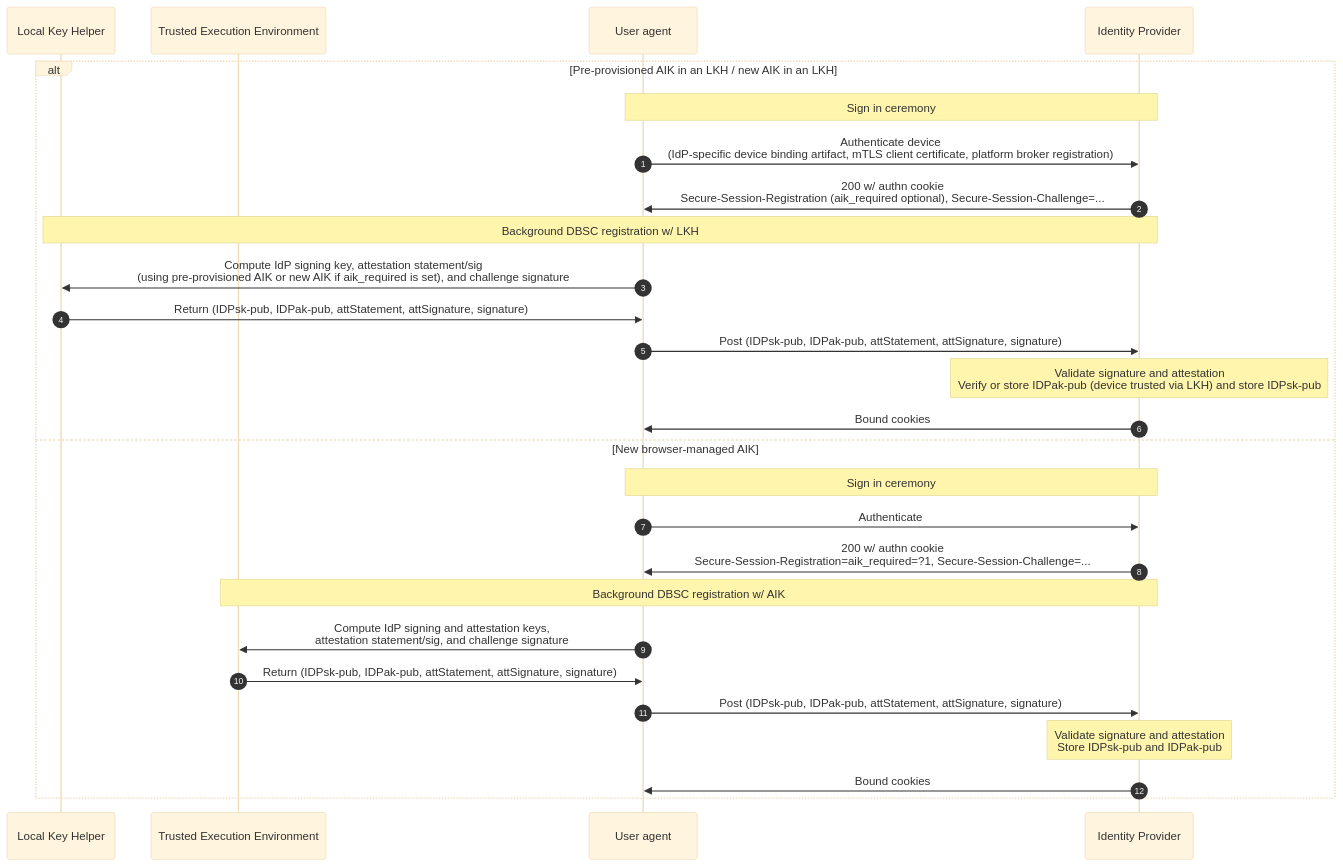
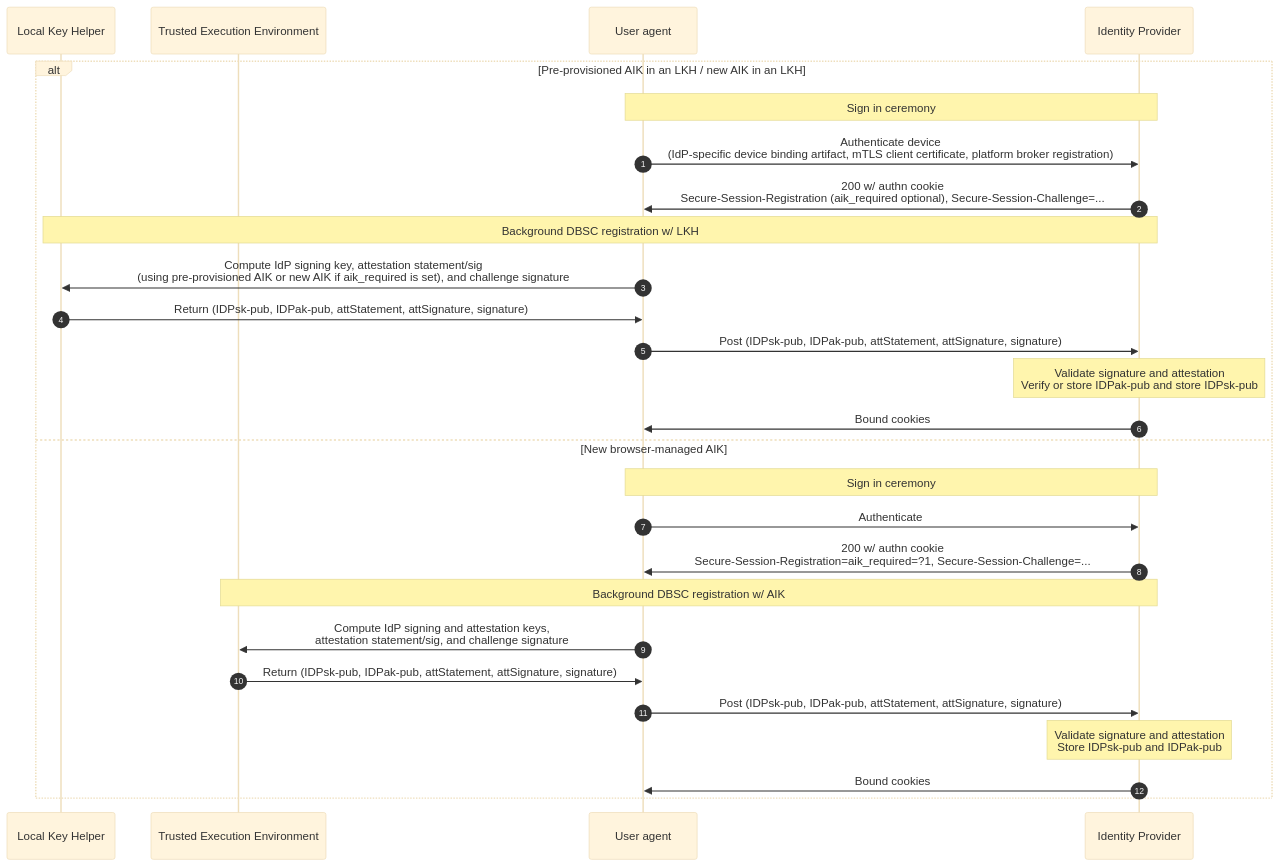
One commit to lucasrsant/dbsc-sso changed the third of 4 diagrams in README.md. Above: the diagram before and after it, drawn with Mermaid (base theme). The commit also changed other lines of this file, not shown here.

Commit message:
Clarify that new-AIK in LKH path should also adopt TOFU.

````diff
--- a/README.md
+++ b/README.md
@@ -245,31 +245,31 @@
 ```mermaid
 sequenceDiagram
 	autonumber
 	
 	participant l as Local Key Helper
 	participant t as Trusted Execution Environment
 	participant u as User agent
 	participant i as Identity Provider
 	
 	alt Pre-provisioned AIK in an LKH / new AIK in an LKH
 		note over u, i: Sign in ceremony
 		u->>i: Authenticate device<br>(IdP-specific device binding artifact, mTLS client certificate, platform broker registration)
 		i->>u: 200 w/ authn cookie<br>Secure-Session-Registration (aik_required optional), Secure-Session-Challenge=...
 		note over i, l: Background DBSC registration w/ LKH
 		u->>l: Compute IdP signing key, attestation statement/sig<br>(using pre-provisioned AIK or new AIK if aik_required is set), and challenge signature
 		l->>u: Return (IDPsk-pub, IDPak-pub, attStatement, attSignature, signature)
 		u->>i: Post (IDPsk-pub, IDPak-pub, attStatement, attSignature, signature)
-		note over i: Validate signature and attestation<br>Verify or store IDPak-pub (device trusted via LKH) and store IDPsk-pub
+		note over i: Validate signature and attestation<br>Verify or store IDPak-pub and store IDPsk-pub
 		i->>u: Bound cookies
 	else New browser-managed AIK
 		note over u, i: Sign in ceremony
 		u->>i: Authenticate
 		i->>u: 200 w/ authn cookie<br>Secure-Session-Registration=aik_required=?1, Secure-Session-Challenge=...
 		note over i, t: Background DBSC registration w/ AIK
 		u->>t: Compute IdP signing and attestation keys,<br>attestation statement/sig, and challenge signature
 		t->>u: Return (IDPsk-pub, IDPak-pub, attStatement, attSignature, signature)
 		u->>i: Post (IDPsk-pub, IDPak-pub, attStatement, attSignature, signature)
 		note over i: Validate signature and attestation<br>Store IDPsk-pub and IDPak-pub
 		i->>u: Bound cookies
 	end
 ```
````
